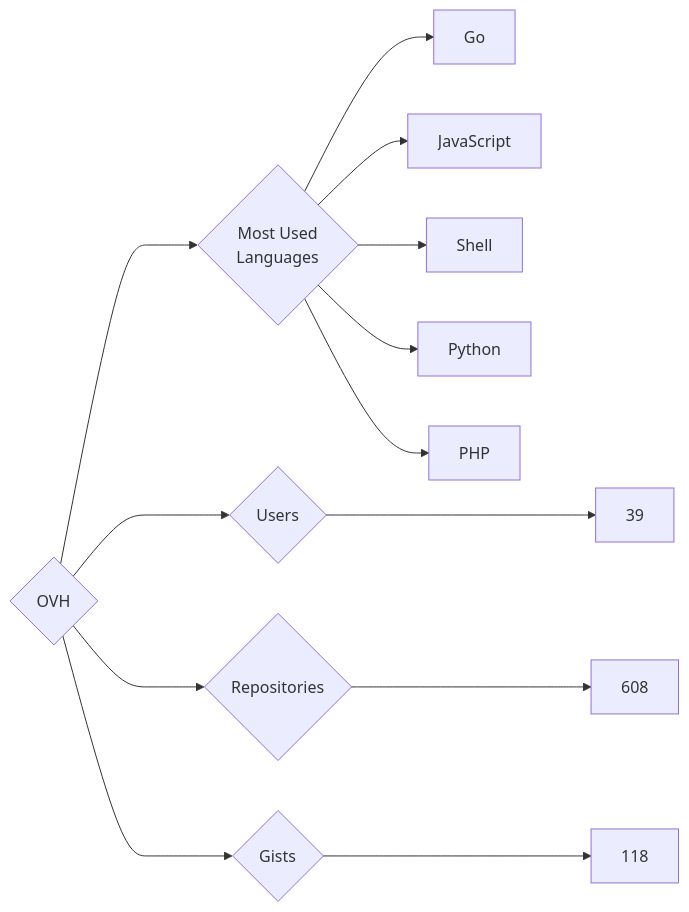
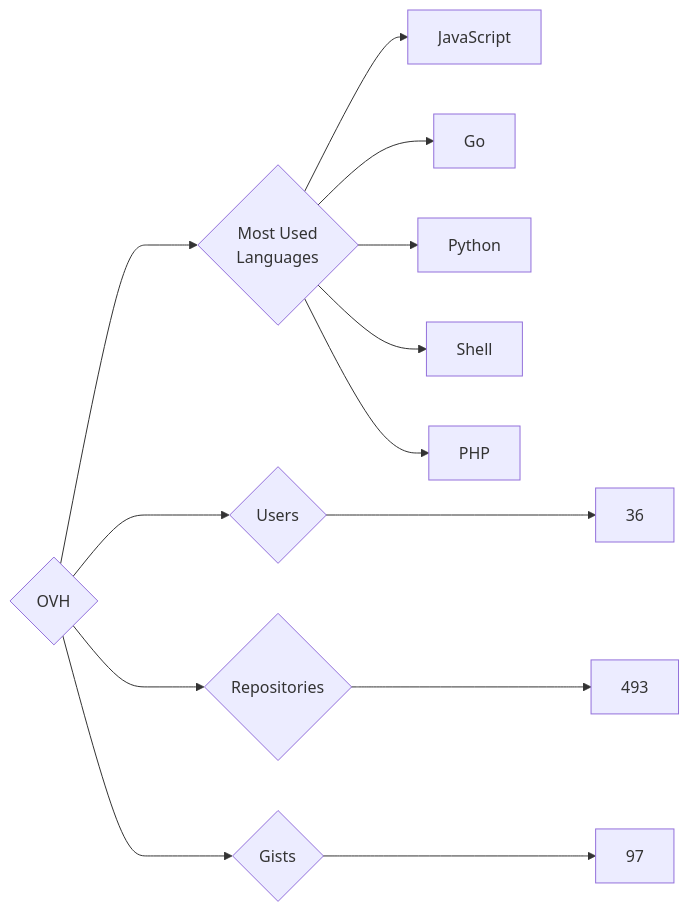
The diagram in targets/OVH/README.md (trickest/insiders), drawn with Mermaid before and after one commit. The commit also changed 973 other files, not shown here.

````diff
--- a/targets/OVH/README.md
+++ b/targets/OVH/README.md
@@ -3,13 +3,13 @@
 ```mermaid
 graph LR
 COMPANY_NAME{OVH}
-COMPANY_NAME ---> U{Users} ---> UN[39]
-COMPANY_NAME ---> R{Repositories} ---> RN[608]
-COMPANY_NAME ---> G{Gists} ---> GN[118]
+COMPANY_NAME ---> U{Users} ---> UN[36]
+COMPANY_NAME ---> R{Repositories} ---> RN[493]
+COMPANY_NAME ---> G{Gists} ---> GN[97]
 COMPANY_NAME ---> ML{Most Used<br>Languages}
+ML --> JavaScript[JavaScript]
 ML --> Go[Go]
-ML --> JavaScript[JavaScript]
+ML --> Python[Python]
 ML --> Shell[Shell]
-ML --> Python[Python]
 ML --> PHP[PHP]
 ```
````
